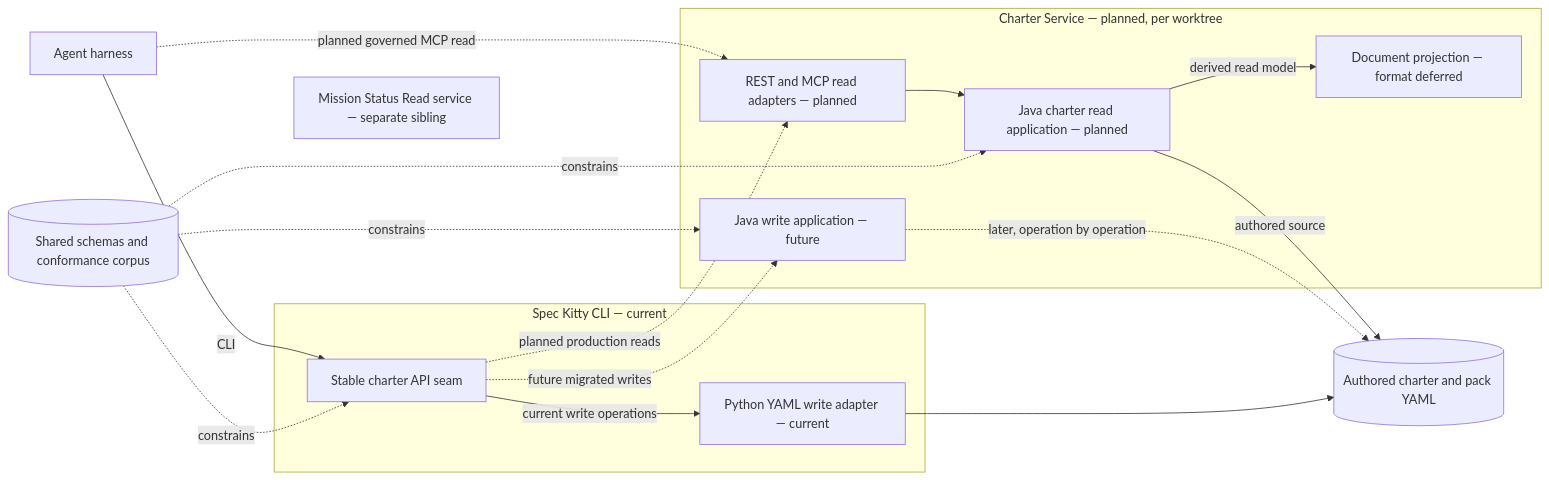
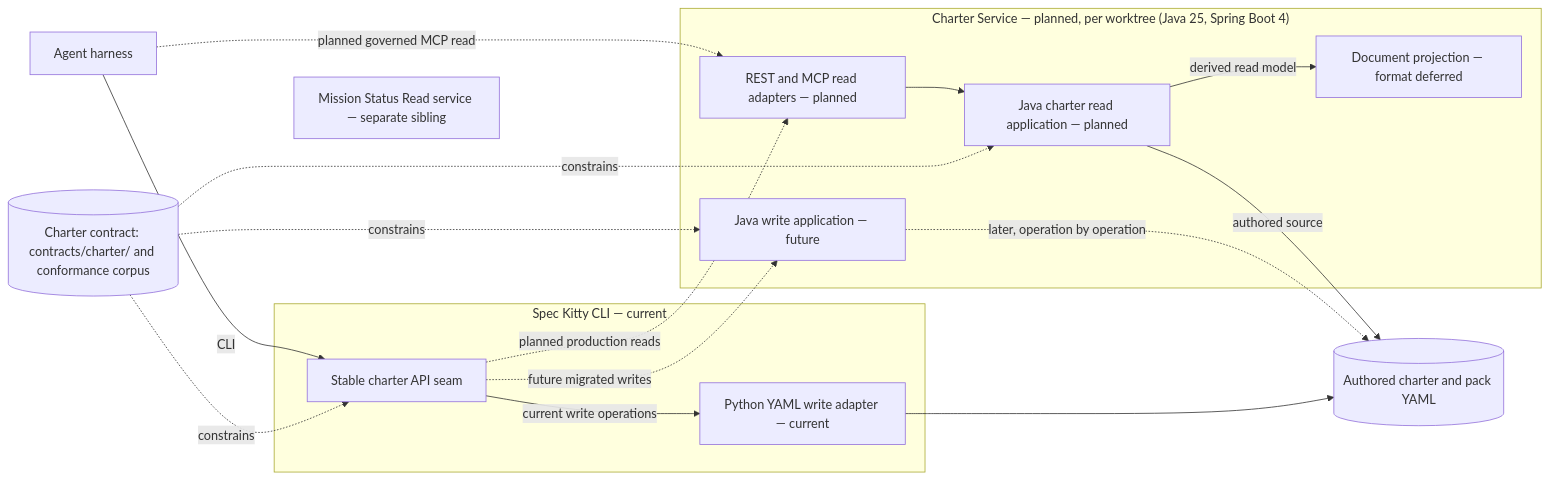
Before and after one commit to spec-kitty/spec-kitty: the second of 2 diagrams in docs/architecture/diagrams/02_containers/README.md, drawn with Mermaid. The commit also changed 2 other files, not shown here.

Commit message:
docs(landing): adopt the sibling service model for the charter service

````diff
--- a/docs/architecture/diagrams/02_containers/README.md
+++ b/docs/architecture/diagrams/02_containers/README.md
@@ -108,35 +108,35 @@
 ```mermaid
 flowchart LR
     agent["Agent harness"]
 
     subgraph Python["Spec Kitty CLI — current"]
       seam["Stable charter API seam"]
       writer["Python YAML write adapter — current"]
     end
 
-    subgraph Java["Charter Service — planned, per worktree"]
+    subgraph Java["Charter Service — planned, per worktree (Java 25, Spring Boot 4)"]
       readApi["REST and MCP read adapters — planned"]
       reader["Java charter read application — planned"]
       javaWriter["Java write application — future"]
       projection["Document projection — format deferred"]
     end
 
-    contract[("Shared schemas and conformance corpus")]
+    contract[("Charter contract: contracts/charter/ and conformance corpus")]
     yaml[("Authored charter and pack YAML")]
     status["Mission Status Read service — separate sibling"]
 
     agent -->|CLI| seam
     agent -.->|planned governed MCP read| readApi
     seam -->|current write operations| writer
     writer --> yaml
     seam -.->|planned production reads| readApi
     seam -.->|future migrated writes| javaWriter
     readApi --> reader
     reader -->|authored source| yaml
     reader -->|derived read model| projection
     javaWriter -.->|later, operation by operation| yaml
     contract -.->|constrains| seam
     contract -.->|constrains| reader
     contract -.->|constrains| javaWriter
     status ~~~ Java
 ```
````
